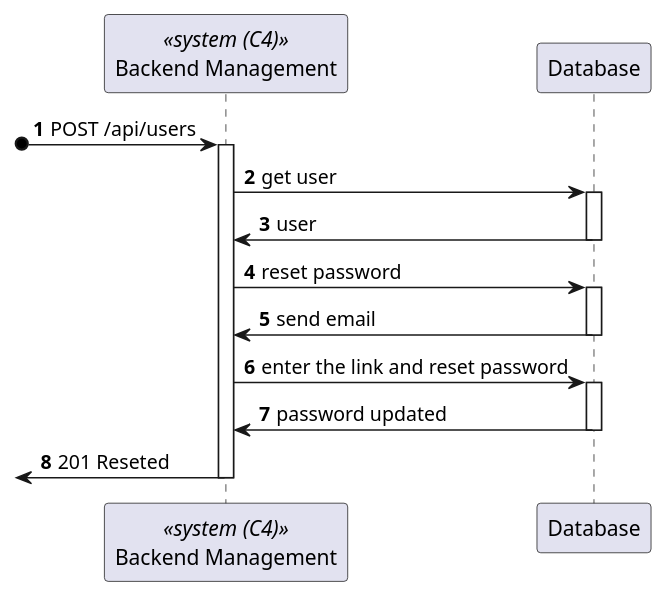
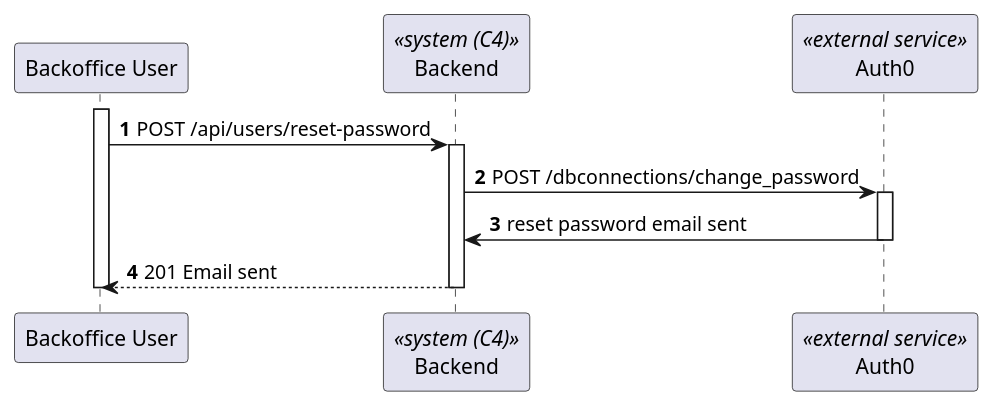
Before and after one commit to Lapr5G21/sem5pi-24-25-3ddg21: the diagram in docs/BackofficeUserResetPassword/views/level3/process-view1.puml, drawn with PlantUML. The commit also changed 7 other files, not shown here.

Commit message:
Complete Reset password Diagrams

```diff
--- a/docs/BackofficeUserResetPassword/views/level3/process-view1.puml
+++ b/docs/BackofficeUserResetPassword/views/level3/process-view1.puml
@@ -1,39 +1,21 @@
 @startuml
 
 autonumber
-participant BE as "Backend Management" <<system (C4)>>
-participant DB as "Database"
+participant Backoffice as "Backoffice User"
+participant BE as "Backend" <<system (C4)>>
+participant Auth0 as "Auth0" <<external service>>
 
-?o-> BE : POST /api/users
+activate Backoffice
+Backoffice -> BE : POST /api/users/reset-password
 activate BE
 
-BE -> DB : get user
+BE -> Auth0 : POST /dbconnections/change_password
+activate Auth0
 
-activate DB 
+Auth0 -> BE : reset password email sent
+deactivate Auth0
 
-DB -> BE : user
-
-deactivate DB 
-
-
-BE -> DB : reset password
-
-activate DB 
-
-DB -> BE : send email 
-
-deactivate DB
-
-BE -> DB : enter the link and reset password
-
-activate DB 
-
-DB -> BE : password updated
-
-deactivate DB 
-
-<- BE : 201 Reseted
-
+Backoffice <-- BE : 201 Email sent
 deactivate BE
-
+deactivate Backoffice
 @enduml
```
